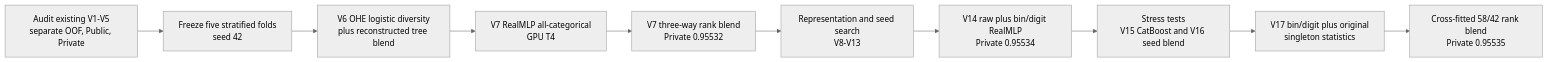
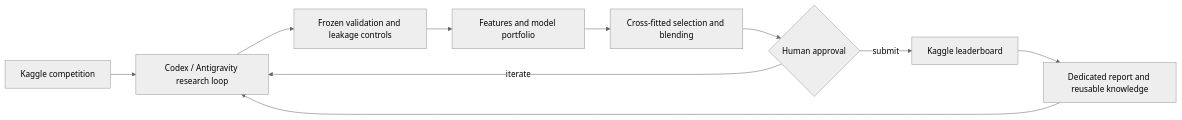
Before and after one commit to BlockFrame/antigravity-kaggle-arena: the diagram in README.md, drawn with Mermaid (neutral theme). The commit also changed other lines of this file and 11 other files, not shown here.

````diff
--- a/README.md
+++ b/README.md
@@ -60,12 +40,12 @@
 ```mermaid
 flowchart LR
-    A[Audit existing V1-V5<br/>separate OOF, Public, Private] --> B[Freeze five stratified folds<br/>seed 42]
-    B --> C[V6 OHE logistic diversity<br/>plus reconstructed tree blend]
-    C --> D[V7 RealMLP all-categorical<br/>GPU T4]
-    D --> E[V7 three-way rank blend<br/>Private 0.95532]
-    E --> F[Representation and seed search<br/>V8-V13]
-    F --> G[V14 raw plus bin/digit RealMLP<br/>Private 0.95534]
-    G --> H[Stress tests<br/>V15 CatBoost and V16 seed blend]
-    H --> I[V17 bin/digit plus original<br/>singleton statistics]
-    I --> J[Cross-fitted 58/42 rank blend<br/>Private 0.95535]
+    A[Kaggle competition] --> B[Codex / Antigravity research loop]
+    B --> C[Frozen validation and leakage controls]
+    C --> D[Features and model portfolio]
+    D --> E[Cross-fitted selection and blending]
+    E --> F{Human approval}
+    F -->|iterate| B
+    F -->|submit| G[Kaggle leaderboard]
+    G --> H[Dedicated report and reusable knowledge]
+    H --> B
 ```
````
